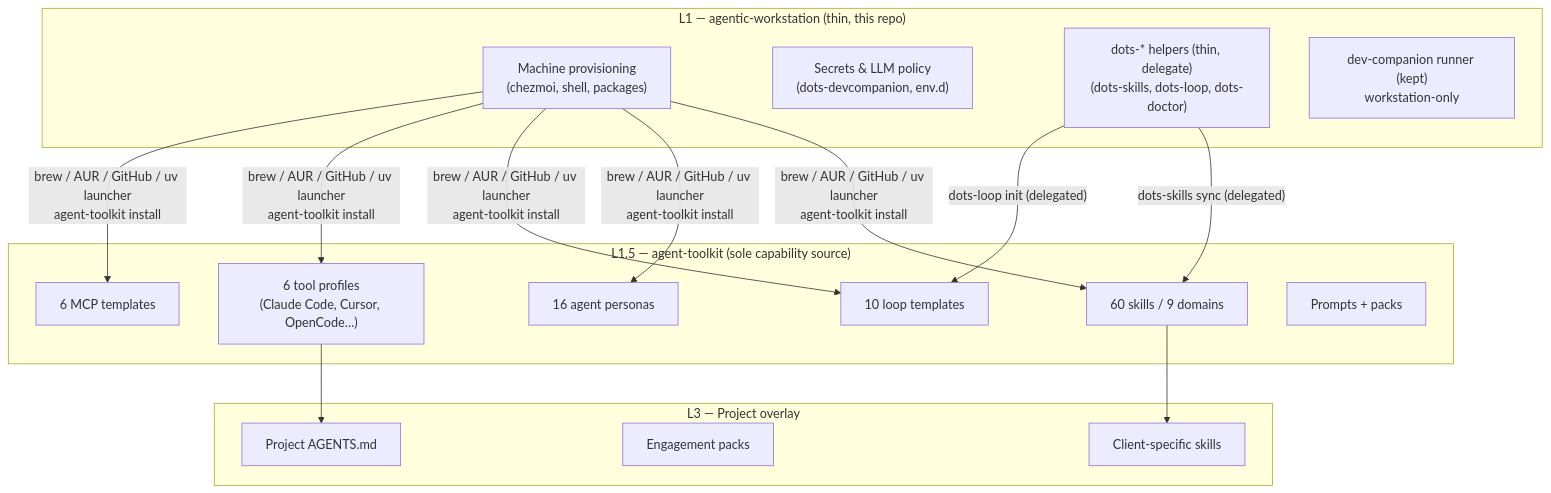
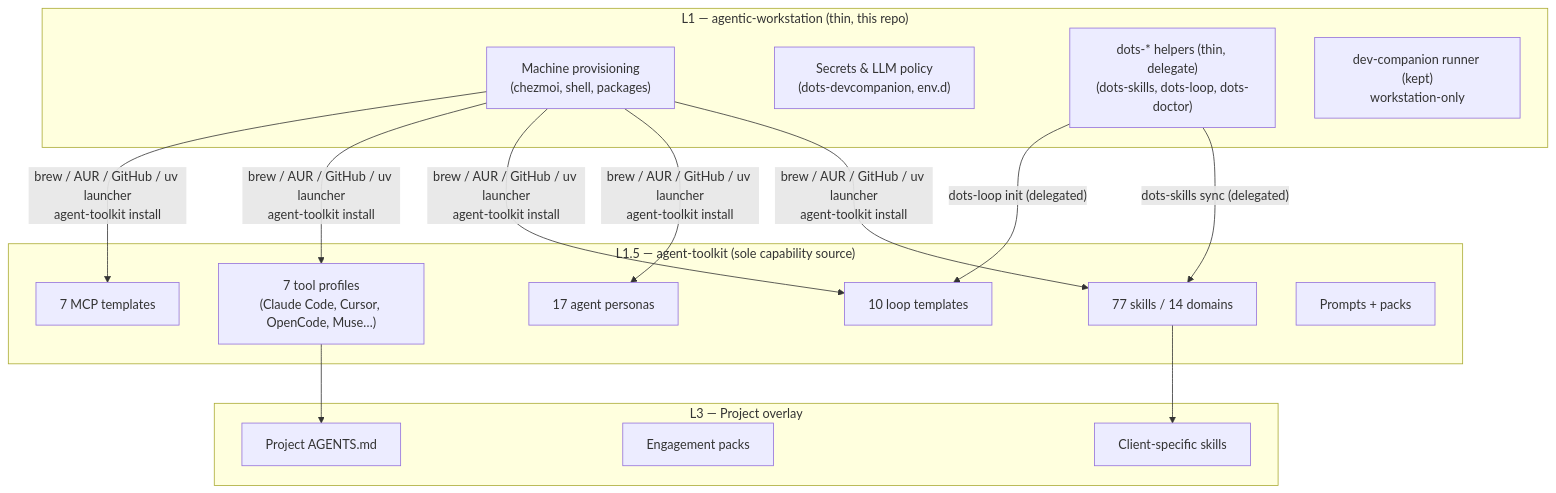
One commit to ulises-jeremias/agentic-workstation changed the second of 2 diagrams in docs/ARCHITECTURE.md. Above: the diagram before and after it, drawn with Mermaid. The commit also changed other lines of this file and 8 other files, not shown here.

````diff
--- a/docs/ARCHITECTURE.md
+++ b/docs/ARCHITECTURE.md
@@ -66,34 +66,34 @@
 ```mermaid
 graph TD
     subgraph "L1 — agentic-workstation (thin, this repo)"
         AW1["Machine provisioning<br/>(chezmoi, shell, packages)"]
         AW2["Secrets & LLM policy<br/>(dots-devcompanion, env.d)"]
         AW3["dots-* helpers (thin, delegate)<br/>(dots-skills, dots-loop, dots-doctor)"]
         AW4["dev-companion runner (kept)<br/>workstation-only"]
     end
 
     subgraph "L1.5 — agent-toolkit (sole capability source)"
-        AT1["60 skills / 9 domains"]
-        AT2["16 agent personas"]
+        AT1["77 skills / 14 domains"]
+        AT2["17 agent personas"]
         AT3["10 loop templates"]
-        AT4["6 tool profiles<br/>(Claude Code, Cursor, OpenCode…)"]
-        AT5["6 MCP templates"]
+        AT4["7 tool profiles<br/>(Claude Code, Cursor, OpenCode, Muse…)"]
+        AT5["7 MCP templates"]
         AT6["Prompts + packs"]
     end
 
     subgraph "L3 — Project overlay"
         PO1["Project AGENTS.md"]
         PO2["Engagement packs"]
         PO3["Client-specific skills"]
     end
 
     AW1 -->|"brew / AUR / GitHub / uv launcher<br/>agent-toolkit install"| AT1
     AW1 -->|"brew / AUR / GitHub / uv launcher<br/>agent-toolkit install"| AT2
     AW1 -->|"brew / AUR / GitHub / uv launcher<br/>agent-toolkit install"| AT3
     AW1 -->|"brew / AUR / GitHub / uv launcher<br/>agent-toolkit install"| AT4
     AW1 -->|"brew / AUR / GitHub / uv launcher<br/>agent-toolkit install"| AT5
     AW3 -->|"dots-skills sync (delegated)"| AT1
     AW3 -->|"dots-loop init (delegated)"| AT3
     AT1 --> PO3
     AT4 --> PO1
 ```
````
